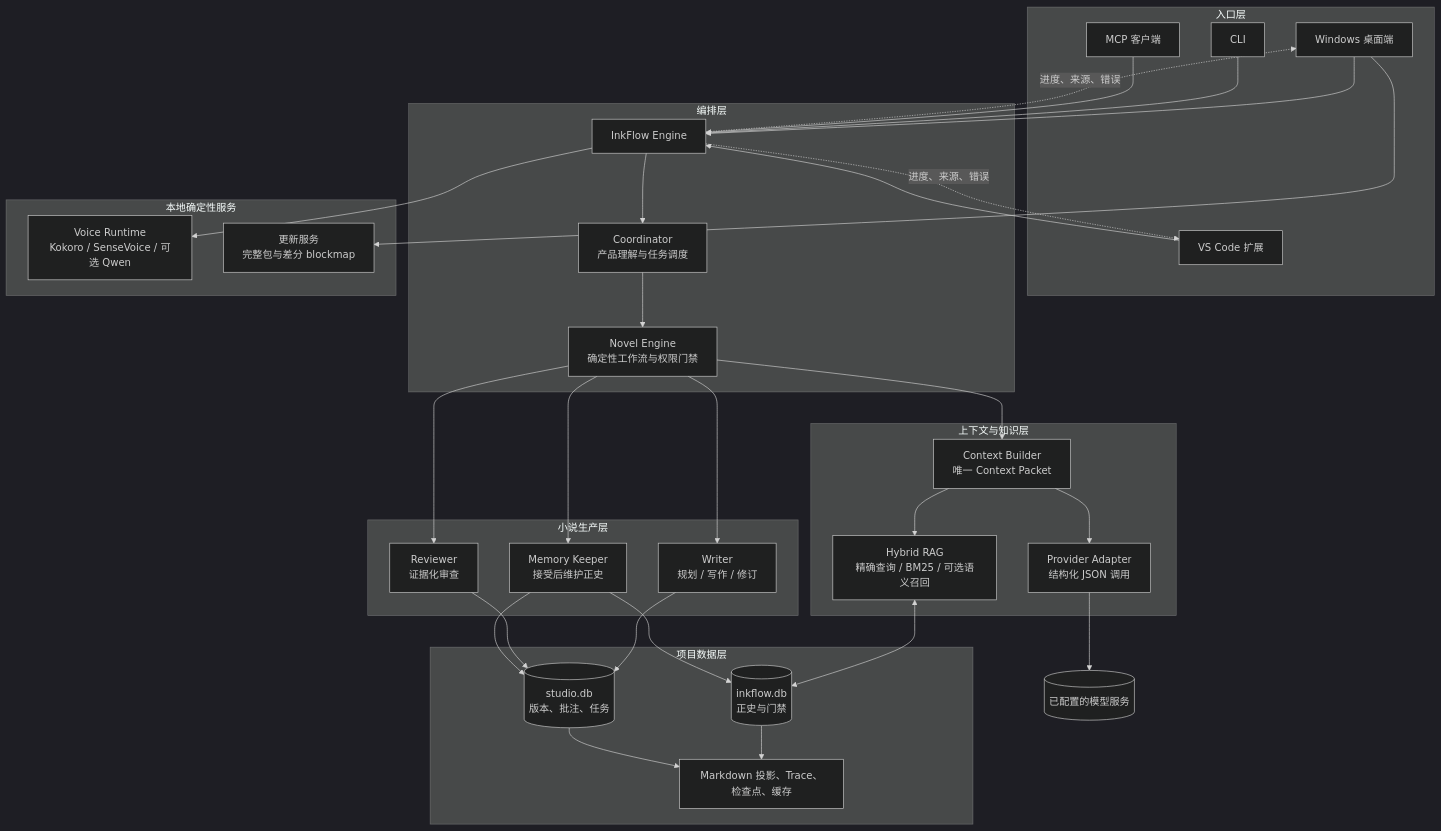
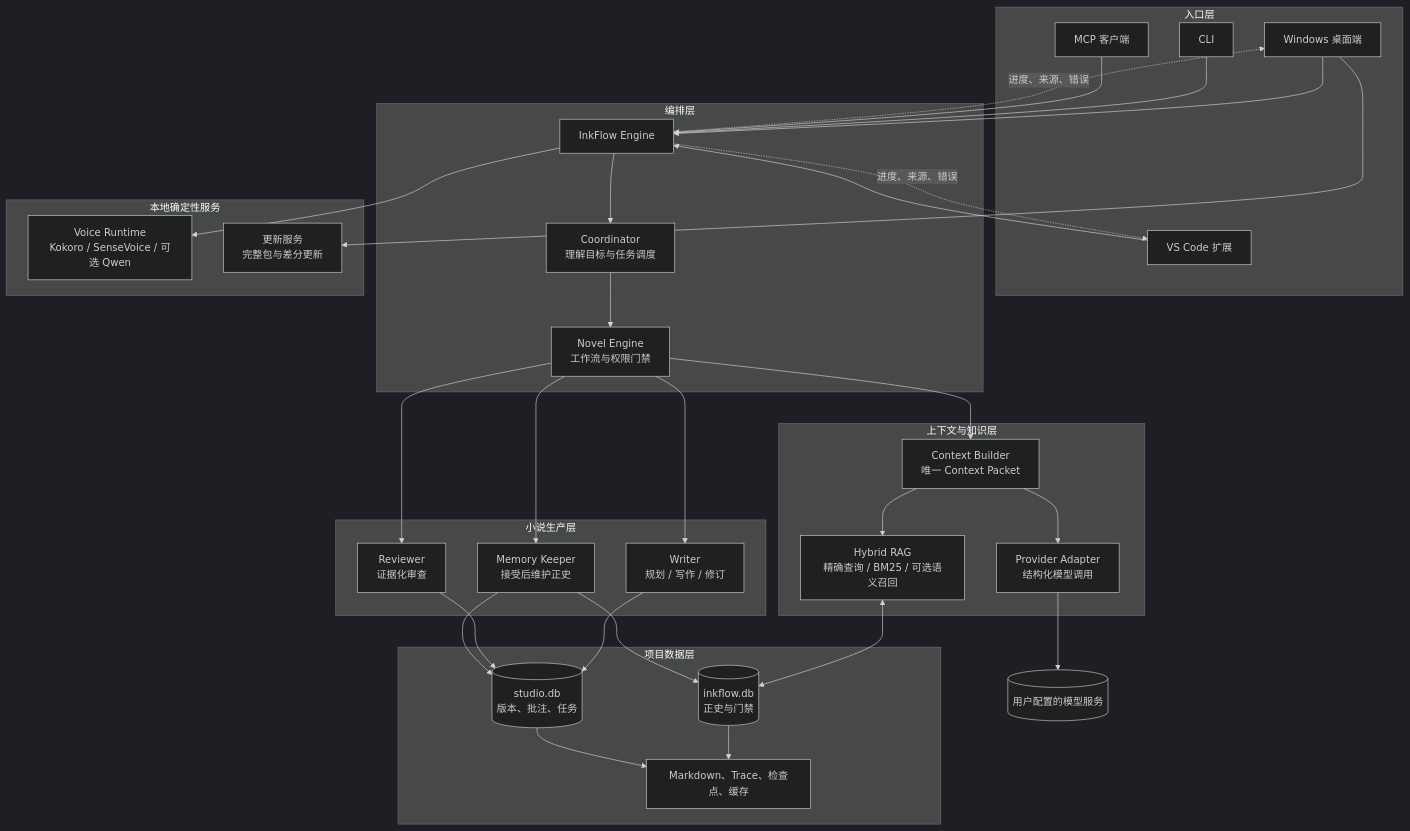
The first of 2 diagrams in README.md (littlewinter320/inkflow), drawn with Mermaid (dark theme) before and after one commit. The commit also changed other lines of this file and 27 other files, not shown here.

````diff
--- a/README.md
+++ b/README.md
@@ -147,54 +140,53 @@
 ```mermaid
 flowchart TB
     subgraph Entry[入口层]
         Desktop[Windows 桌面端]
         Extension[VS Code 扩展]
         CLI[CLI]
         MCP[MCP 客户端]
     end
 
     subgraph Orchestration[编排层]
         Engine[InkFlow Engine]
-        Coordinator[Coordinator<br/>产品理解与任务调度]
-        Novel[Novel Engine<br/>确定性工作流与权限门禁]
+        Coordinator[Coordinator<br/>理解目标与任务调度]
+        Novel[Novel Engine<br/>工作流与权限门禁]
     end
 
     subgraph Production[小说生产层]
         Writer[Writer<br/>规划 / 写作 / 修订]
         Reviewer[Reviewer<br/>证据化审查]
         Keeper[Memory Keeper<br/>接受后维护正史]
     end
 
     subgraph Knowledge[上下文与知识层]
         Context[Context Builder<br/>唯一 Context Packet]
         Retrieval[Hybrid RAG<br/>精确查询 / BM25 / 可选语义召回]
-        Provider[Provider Adapter<br/>结构化 JSON 调用]
+        Provider[Provider Adapter<br/>结构化模型调用]
     end
 
     subgraph Storage[项目数据层]
         Canon[(inkflow.db<br/>正史与门禁)]
         Studio[(studio.db<br/>版本、批注、任务)]
-        Files[Markdown 投影、Trace、检查点、缓存]
+        Files[Markdown、Trace、检查点、缓存]
     end
 
     subgraph Local[本地确定性服务]
         Voice[Voice Runtime<br/>Kokoro / SenseVoice / 可选 Qwen]
-        Update[更新服务<br/>完整包与差分 blockmap]
+        Update[更新服务<br/>完整包与差分更新]
     end
 
     Desktop & Extension & CLI & MCP --> Engine
     Engine --> Coordinator --> Novel
     Novel --> Writer & Reviewer & Keeper
     Novel --> Context
     Context --> Retrieval
     Retrieval <--> Canon
-    Context --> Provider
-    Provider --> Model[(已配置的模型服务)]
+    Context --> Provider --> Model[(用户配置的模型服务)]
     Writer & Reviewer & Keeper --> Studio
     Keeper --> Canon
     Canon --> Files
     Studio --> Files
     Engine -.进度、来源、错误.-> Desktop & Extension
     Engine --> Voice
     Desktop --> Update
 ```
````
